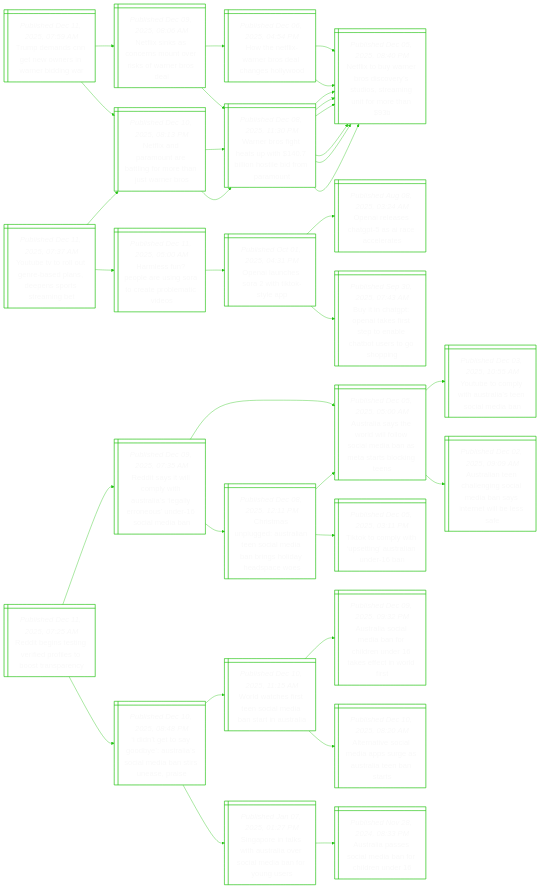
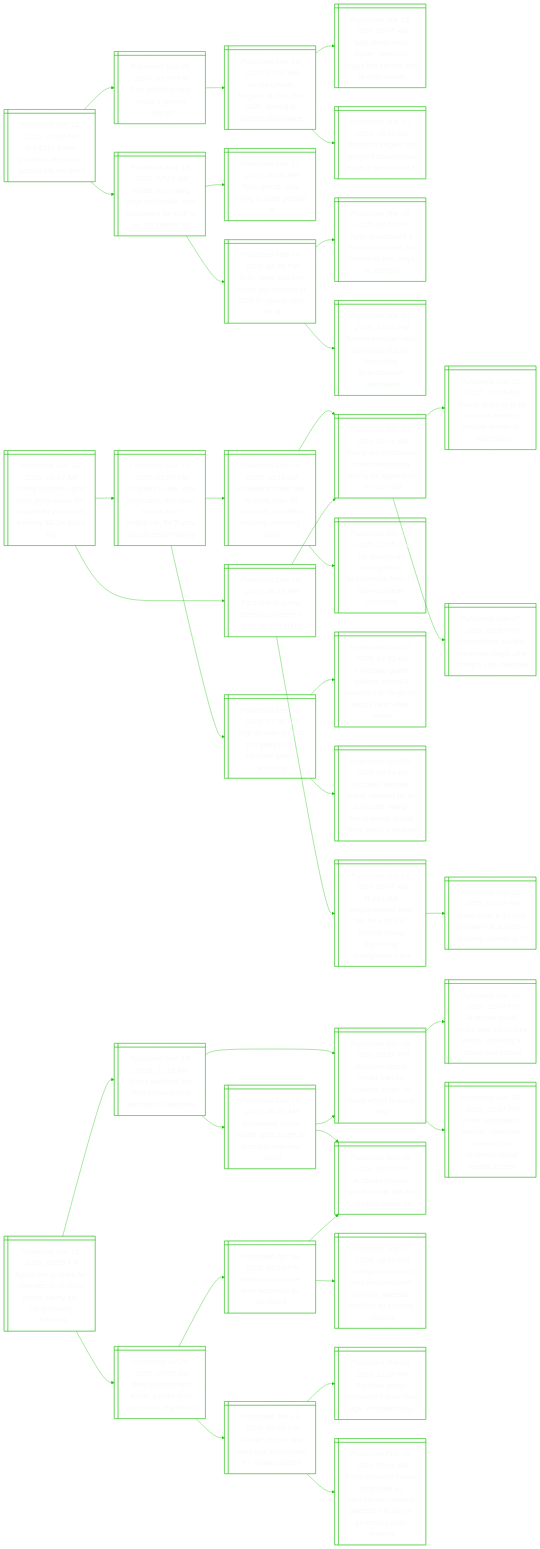
Before and after one commit to notJmes/notJmes: the diagram in README.md, drawn with Mermaid. The commit also changed other lines of this file, not shown here.

````diff
--- a/README.md
+++ b/README.md
@@ -16,112 +16,124 @@
 flowchart LR
 classDef txtsize font-size:20px;
 
-Tddgwrabn@{ shape: win-pane, label: "_Published Dec 11, 2025, 07:59 AM_
-Trump demands cnn get new owners in warner bidding war" }
-Nikonnrsrra@{ shape: win-pane, label: "_Published Dec 09, 2025, 08:06 AM_
-Netflix sinks as concerns mount over risks of warner bros deal" }
-Helrranoo@{ shape: win-pane, label: "_Published Dec 06, 2025, 04:54 PM_
-How the netflix-warner bros deal changes hollywood" }
-Niunocydtiimh@{ shape: win-pane, label: "_Published Dec 05, 2025, 08:40 PM_
-Netflix to buy warner bros discovery’s studios, streaming unit for more than $93b" }
-Niunocydtiimh@{ shape: win-pane, label: "_Published Dec 05, 2025, 08:40 PM_
-Netflix to buy warner bros discovery’s studios, streaming unit for more than $93b" }
-Wrfhuhisboat@{ shape: win-pane, label: "_Published Dec 08, 2025, 11:30 PM_
-Warner bros fight heats up with $140.7 billion hostile bid from paramount" }
-Niunocydtiimh@{ shape: win-pane, label: "_Published Dec 05, 2025, 08:40 PM_
-Netflix to buy warner bros discovery’s studios, streaming unit for more than $93b" }
-Niunocydtiimh@{ shape: win-pane, label: "_Published Dec 05, 2025, 08:40 PM_
-Netflix to buy warner bros discovery’s studios, streaming unit for more than $93b" }
-NiPortfrnWr@{ shape: win-pane, label: "_Published Dec 10, 2025, 08:13 PM_
-Netflix and paramount are battling for more than just warner bros" }
-Wrfhuhisboat@{ shape: win-pane, label: "_Published Dec 08, 2025, 11:30 PM_
-Warner bros fight heats up with $140.7 billion hostile bid from paramount" }
-Niunocydtiimh@{ shape: win-pane, label: "_Published Dec 05, 2025, 08:40 PM_
-Netflix to buy warner bros discovery’s studios, streaming unit for more than $93b" }
-Niunocydtiimh@{ shape: win-pane, label: "_Published Dec 05, 2025, 08:40 PM_
-Netflix to buy warner bros discovery’s studios, streaming unit for more than $93b" }
+Alpecgnts@{ shape: win-pane, label: "_Published Dec 11, 2025, 10:40 AM_
+Ai’s $517 billion problem: are chips getting old too fast?" }
+CygNasa@{ shape: win-pane, label: "_Published Mar 21, 2024, 05:57 PM_
+Can anything stop nvidia’s jensen huang?" }
+NaiapiBnxda@{ shape: win-pane, label: "_Published Mar 19, 2024, 07:50 AM_
+Nvidia unveils flagship ai chip, the b200, aiming to extend dominance" }
+WteiituFries@{ shape: win-pane, label: "_Published Mar 19, 2024, 06:05 AM_
+Wall street ends higher, investors juggle fed nerves with ai enthusiasm" }
+Msisoseveni@{ shape: win-pane, label: "_Published Mar 15, 2024, 08:40 AM_
+Microsoft singles out google’s competitive edge in generative ai" }
+Nauaieltdhntel@{ shape: win-pane, label: "_Published Mar 19, 2025, 07:21 AM_
+Nvidia ceo huang says chipmaker well-positioned for shift in ai, but shares fall" }
+TisrtllI@{ shape: win-pane, label: "_Published Mar 17, 2025, 06:00 PM_
+Tech giants, stop trying to build godlike ai" }
+TaunrohnaeI@{ shape: win-pane, label: "_Published Mar 10, 2025, 02:35 PM_
+Tsmc sales quicken in first two months of 2025 in upbeat note for ai" }
+Tnmhrmowtaig@{ shape: win-pane, label: "_Published Mar 06, 2025, 08:50 PM_
+Tsmc investment a ‘historic moment’ for taiwan-us ties, says lai ching-te" }
+TnsansMoAcern@{ shape: win-pane, label: "_Published Mar 04, 2025, 12:40 PM_
+Taiwan minister says concerns of tsmc becoming americanised overblown" }
 
-Tddgwrabn:::txtsize --> Nikonnrsrra:::txtsize
-Nikonnrsrra:::txtsize --> Helrranoo:::txtsize
-Helrranoo:::txtsize --> Niunocydtiimh:::txtsize
-Helrranoo:::txtsize --> Niunocydtiimh:::txtsize
-Nikonnrsrra:::txtsize --> Wrfhuhisboat:::txtsize
-Wrfhuhisboat:::txtsize --> Niunocydtiimh:::txtsize
-Wrfhuhisboat:::txtsize --> Niunocydtiimh:::txtsize
-Tddgwrabn:::txtsize --> NiPortfrnWr:::txtsize
-NiPortfrnWr:::txtsize --> Wrfhuhisboat:::txtsize
-Wrfhuhisboat:::txtsize --> Niunocydtiimh:::txtsize
-Wrfhuhisboat:::txtsize --> Niunocydtiimh:::txtsize
+Alpecgnts:::txtsize --> CygNasa:::txtsize
+CygNasa:::txtsize --> NaiapiBnxda:::txtsize
+NaiapiBnxda:::txtsize --> WteiituFries:::txtsize
+NaiapiBnxda:::txtsize --> Msisoseveni:::txtsize
+Alpecgnts:::txtsize --> Nauaieltdhntel:::txtsize
+Nauaieltdhntel:::txtsize --> TisrtllI:::txtsize
+Nauaieltdhntel:::txtsize --> TaunrohnaeI:::txtsize
+TaunrohnaeI:::txtsize --> Tnmhrmowtaig:::txtsize
+TaunrohnaeI:::txtsize --> TnsansMoAcern:::txtsize
 
-Yboonsaessab@{ shape: win-pane, label: "_Published Dec 11, 2025, 07:37 AM_
-Youtube tv to roll out genre-based plans, deepens sports streaming bet" }
-NiPortfrnWr@{ shape: win-pane, label: "_Published Dec 10, 2025, 08:13 PM_
-Netflix and paramount are battling for more than just warner bros" }
-Wrfhuhisboat@{ shape: win-pane, label: "_Published Dec 08, 2025, 11:30 PM_
-Warner bros fight heats up with $140.7 billion hostile bid from paramount" }
-Niunocydtiimh@{ shape: win-pane, label: "_Published Dec 05, 2025, 08:40 PM_
-Netflix to buy warner bros discovery’s studios, streaming unit for more than $93b" }
-Niunocydtiimh@{ shape: win-pane, label: "_Published Dec 05, 2025, 08:40 PM_
-Netflix to buy warner bros discovery’s studios, streaming unit for more than $93b" }
-HenluSotbtd@{ shape: win-pane, label: "_Published Dec 11, 2025, 05:00 AM_
-Harmless fun? people are using sora to create problematic videos" }
-OIcotTyp@{ shape: win-pane, label: "_Published Oct 01, 2025, 04:31 PM_
-Openai launches sora 2 with tiktok-style app" }
-OIahTrcr@{ shape: win-pane, label: "_Published Aug 08, 2025, 03:24 AM_
-Openai releases chatgpt-5 as ai race accelerates" }
-Bitptfsoltsoog@{ shape: win-pane, label: "_Published Sep 30, 2025, 07:43 AM_
-Buy it in chatgpt: openai takes first step to enable chatbot users to go shopping" }
+Tlhldrfpeahrra@{ shape: win-pane, label: "_Published Dec 11, 2025, 09:47 AM_
+Trump launches gold card programme for expedited visas with a nearly $1.3m price tag" }
+UnsAisuvoogeeceiy@{ shape: win-pane, label: "_Published Dec 10, 2025, 05:50 PM_
+Us plans to ask esta applicants, including visitors from singapore, for 5-year social media history" }
+Ueaaoansletry@{ shape: win-pane, label: "_Published Dec 05, 2025, 10:11 AM_
+Us widens travel ban to more than 30 countries, homeland security secretary says" }
+TaitrectfpnHa@{ shape: win-pane, label: "_Published Dec 04, 2025, 08:25 AM_
+Trump administration orders enhanced vetting for applicants of h-1b visa" }
+Uslgolirnpoi@{ shape: win-pane, label: "_Published Dec 03, 2025, 10:35 AM_
+Us pauses all immigration applications from 19 non-european countries" }
+Anlnintldt@{ shape: win-pane, label: "_Published Dec 03, 2025, 07:30 AM_
+Afghan man pleads not guilty in us national guard shooting" }
+Nnalsiydttteiu@{ shape: win-pane, label: "_Published Nov 27, 2025, 04:33 AM_
+2 national guard soldiers critically wounded in ‘targeted’ attack near white house" }
+AeiGakcmrgmtairgo@{ shape: win-pane, label: "_Published Nov 29, 2025, 09:44 AM_
+Accused national guard attacker faces us murder charge; trump wants to halt ‘third world’ migration" }
+Fhrecrvvu@{ shape: win-pane, label: "_Published Dec 10, 2025, 08:45 PM_
+Fact-check group ‘deeply concerned’ over us visa curbs" }
+TaitrectfpnHa@{ shape: win-pane, label: "_Published Dec 04, 2025, 08:25 AM_
+Trump administration orders enhanced vetting for applicants of h-1b visa" }
+Tddisepooes@{ shape: win-pane, label: "_Published Nov 12, 2025, 10:39 AM_
+Trump defends h-1b visas as needed despite moves to raise costs" }
+Innuemrfrvvu@{ shape: win-pane, label: "_Published Nov 17, 2025, 02:30 PM_
+International student enrolment drops after trump’s visa overhaul" }
+HlgeetUdtmhniil@{ shape: win-pane, label: "_Published Oct 13, 2025, 06:00 AM_
+H-1b1 still singaporeans’ best bet for a us job, despite trump tightening immigration rules" }
+Wsvrmdspgt@{ shape: win-pane, label: "_Published Sep 21, 2025, 03:45 PM_
+What is us’ h-1b visa programme and how is trump changing it?" }
 
-Yboonsaessab:::txtsize --> NiPortfrnWr:::txtsize
-NiPortfrnWr:::txtsize --> Wrfhuhisboat:::txtsize
-Wrfhuhisboat:::txtsize --> Niunocydtiimh:::txtsize
-Wrfhuhisboat:::txtsize --> Niunocydtiimh:::txtsize
-Yboonsaessab:::txtsize --> HenluSotbtd:::txtsize
-HenluSotbtd:::txtsize --> OIcotTyp:::txtsize
-OIcotTyp:::txtsize --> OIahTrcr:::txtsize
-OIcotTyp:::txtsize --> Bitptfsoltsoog:::txtsize
+Tlhldrfpeahrra:::txtsize --> UnsAisuvoogeeceiy:::txtsize
+UnsAisuvoogeeceiy:::txtsize --> Ueaaoansletry:::txtsize
+Ueaaoansletry:::txtsize --> TaitrectfpnHa:::txtsize
+Ueaaoansletry:::txtsize --> Uslgolirnpoi:::txtsize
+UnsAisuvoogeeceiy:::txtsize --> Anlnintldt:::txtsize
+Anlnintldt:::txtsize --> Nnalsiydttteiu:::txtsize
+Anlnintldt:::txtsize --> AeiGakcmrgmtairgo:::txtsize
+Tlhldrfpeahrra:::txtsize --> Fhrecrvvu:::txtsize
+Fhrecrvvu:::txtsize --> TaitrectfpnHa:::txtsize
+TaitrectfpnHa:::txtsize --> Tddisepooes:::txtsize
+TaitrectfpnHa:::txtsize --> Innuemrfrvvu:::txtsize
+Fhrecrvvu:::txtsize --> HlgeetUdtmhniil:::txtsize
+HlgeetUdtmhniil:::txtsize --> Wsvrmdspgt:::txtsize
 
-Rtnteeftsne@{ shape: win-pane, label: "_Published Dec 11, 2025, 07:25 AM_
-Reddit begins testing verified profiles to boost transparency" }
-Rtillhrslrueidn@{ shape: win-pane, label: "_Published Dec 09, 2025, 07:35 AM_
-Reddit says it will comply with australia’s ‘legally erroneous’ under-16 social media ban" }
-Aaaedfwaiaatct@{ shape: win-pane, label: "_Published Dec 05, 2025, 05:00 AM_
-Australia says the world will follow social media ban as meta starts blocking teens" }
-Ybowulecea@{ shape: win-pane, label: "_Published Dec 03, 2025, 10:55 AM_
-Youtube to comply with australia’s teen social media ban" }
-Aathnslaattbs@{ shape: win-pane, label: "_Published Dec 02, 2025, 09:09 AM_
-Australian teen challenging social media ban says internet will be less safe" }
-Ctngsieidngieae@{ shape: win-pane, label: "_Published Dec 08, 2025, 12:11 PM_
-Christmas unplugged: australian teen social media ban brings holiday headspace woes" }
-Tkmisntae@{ shape: win-pane, label: "_Published Dec 05, 2025, 03:11 PM_
-Tiktok to comply with ‘upsetting’ australian under-16 ban" }
-Aaaedfwaiaatct@{ shape: win-pane, label: "_Published Dec 05, 2025, 05:00 AM_
-Australia says the world will follow social media ban as meta starts blocking teens" }
-Itooersaisues@{ shape: win-pane, label: "_Published Dec 10, 2025, 08:48 PM_
-‘i didn’t get to say goodbye’: australia’s social media ban stirs unease, praise" }
+ACsonnilaBipcc@{ shape: win-pane, label: "_Published Dec 11, 2025, 09:25 AM_
+Apple ceo pushes for changes in us child online safety bill, citing privacy concerns" }
 Wwesnaisita@{ shape: win-pane, label: "_Published Dec 10, 2025, 11:15 AM_
 World watches first teen social media ban start in australia" }
 Aaombrdnafils@{ shape: win-pane, label: "_Published Dec 09, 2025, 09:32 PM_
 Australia social media ban for children under 16 takes effect in world first" }
+Aaombtkeagbaw@{ shape: win-pane, label: "_Published Dec 09, 2025, 12:07 PM_
+Australia social media ban set to take effect, sparking a global crackdown" }
+FulEetmocromas@{ shape: win-pane, label: "_Published Dec 09, 2025, 12:37 PM_
+From australia to europe, countries move to curb children’s social media access" }
 Aneaisesint@{ shape: win-pane, label: "_Published Dec 10, 2025, 08:20 AM_
 Alternative social media apps surge as australia teen ban starts" }
-SpnsAavceayu@{ shape: win-pane, label: "_Published Jan 07, 2025, 01:27 PM_
-Singapore in talks with australia over social media ban for young users" }
 Aaaslaolu@{ shape: win-pane, label: "_Published Nov 28, 2024, 08:33 PM_
 Australia passes social media ban for children under 16" }
+Aaombrdnafils@{ shape: win-pane, label: "_Published Dec 09, 2025, 09:32 PM_
+Australia social media ban for children under 16 takes effect in world first" }
+MlsAGeaegt@{ shape: win-pane, label: "_Published Jul 26, 2025, 07:59 AM_
+Meta clashes with apple, google over age check legislation" }
+MootctFo@{ shape: win-pane, label: "_Published Apr 08, 2025, 07:15 PM_
+Meta to introduce teen accounts for facebook" }
+Igounuiiptnsryt@{ shape: win-pane, label: "_Published Sep 17, 2024, 08:50 PM_
+Instagram rolls out teen accounts with privacy, parental controls as scrutiny mounts" }
+Aaaslaolu@{ shape: win-pane, label: "_Published Nov 28, 2024, 08:33 PM_
+Australia passes social media ban for children under 16" }
+Gecpeecnncn@{ shape: win-pane, label: "_Published Jun 13, 2025, 07:40 PM_
+Google rejects app store age verification for online content" }
+Puesscrecn@{ shape: win-pane, label: "_Published Jun 03, 2025, 11:16 PM_
+Pornhub owner pressures france over age verification law" }
+Pnaigduootnlitnsr@{ shape: win-pane, label: "_Published Feb 09, 2025, 05:00 AM_
+Porn on social media disguised as educational content; parents’ role key in protecting kids: experts" }
 
-Rtnteeftsne:::txtsize --> Rtillhrslrueidn:::txtsize
-Rtillhrslrueidn:::txtsize --> Aaaedfwaiaatct:::txtsize
-Aaaedfwaiaatct:::txtsize --> Ybowulecea:::txtsize
-Aaaedfwaiaatct:::txtsize --> Aathnslaattbs:::txtsize
-Rtillhrslrueidn:::txtsize --> Ctngsieidngieae:::txtsize
-Ctngsieidngieae:::txtsize --> Tkmisntae:::txtsize
-Ctngsieidngieae:::txtsize --> Aaaedfwaiaatct:::txtsize
-Rtnteeftsne:::txtsize --> Itooersaisues:::txtsize
-Itooersaisues:::txtsize --> Wwesnaisita:::txtsize
+ACsonnilaBipcc:::txtsize --> Wwesnaisita:::txtsize
 Wwesnaisita:::txtsize --> Aaombrdnafils:::txtsize
+Aaombrdnafils:::txtsize --> Aaombtkeagbaw:::txtsize
+Aaombrdnafils:::txtsize --> FulEetmocromas:::txtsize
 Wwesnaisita:::txtsize --> Aneaisesint:::txtsize
-Itooersaisues:::txtsize --> SpnsAavceayu:::txtsize
-SpnsAavceayu:::txtsize --> Aaaslaolu:::txtsize
+Aneaisesint:::txtsize --> Aaaslaolu:::txtsize
+Aneaisesint:::txtsize --> Aaombrdnafils:::txtsize
+ACsonnilaBipcc:::txtsize --> MlsAGeaegt:::txtsize
+MlsAGeaegt:::txtsize --> MootctFo:::txtsize
+MootctFo:::txtsize --> Igounuiiptnsryt:::txtsize
+MootctFo:::txtsize --> Aaaslaolu:::txtsize
+MlsAGeaegt:::txtsize --> Gecpeecnncn:::txtsize
+Gecpeecnncn:::txtsize --> Puesscrecn:::txtsize
+Gecpeecnncn:::txtsize --> Pnaigduootnlitnsr:::txtsize
 
 ```
````
